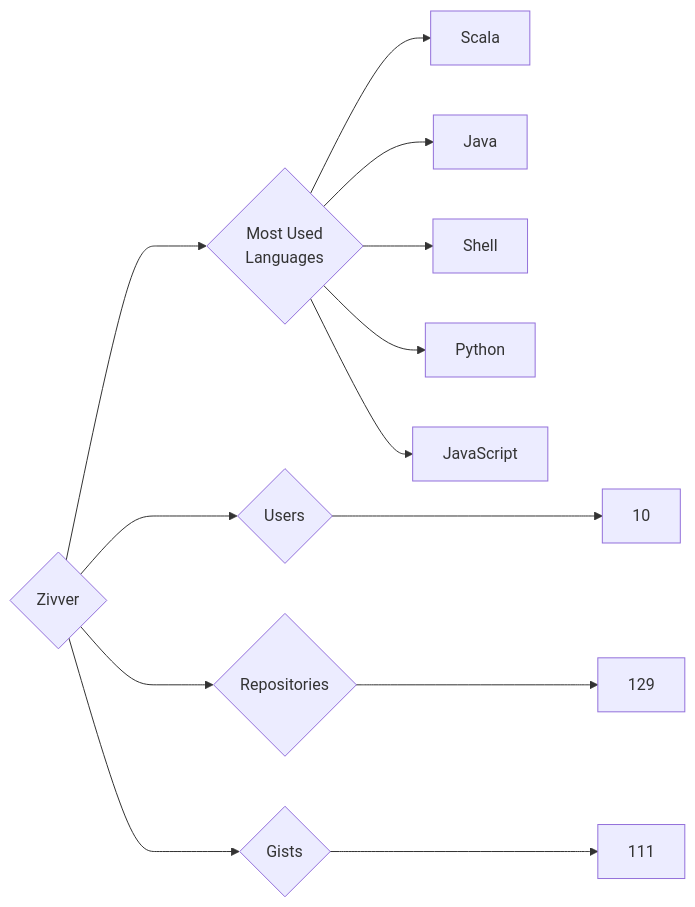
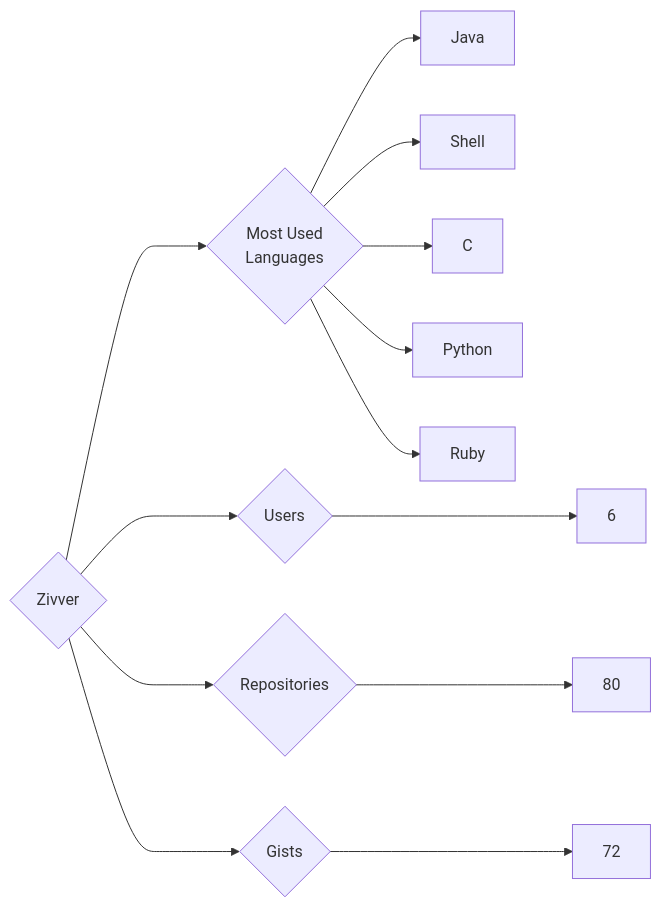
Before and after one commit to trickest/insiders: the diagram in targets/Zivver/README.md, drawn with Mermaid. The commit also changed 839 other files, not shown here.

````diff
--- a/targets/Zivver/README.md
+++ b/targets/Zivver/README.md
@@ -3,13 +3,13 @@
 ```mermaid
 graph LR
 COMPANY_NAME{Zivver}
-COMPANY_NAME ---> U{Users} ---> UN[10]
-COMPANY_NAME ---> R{Repositories} ---> RN[129]
-COMPANY_NAME ---> G{Gists} ---> GN[111]
+COMPANY_NAME ---> U{Users} ---> UN[6]
+COMPANY_NAME ---> R{Repositories} ---> RN[80]
+COMPANY_NAME ---> G{Gists} ---> GN[72]
 COMPANY_NAME ---> ML{Most Used<br>Languages}
-ML --> Scala[Scala]
 ML --> Java[Java]
 ML --> Shell[Shell]
+ML --> C[C]
 ML --> Python[Python]
-ML --> JavaScript[JavaScript]
+ML --> Ruby[Ruby]
 ```
````
